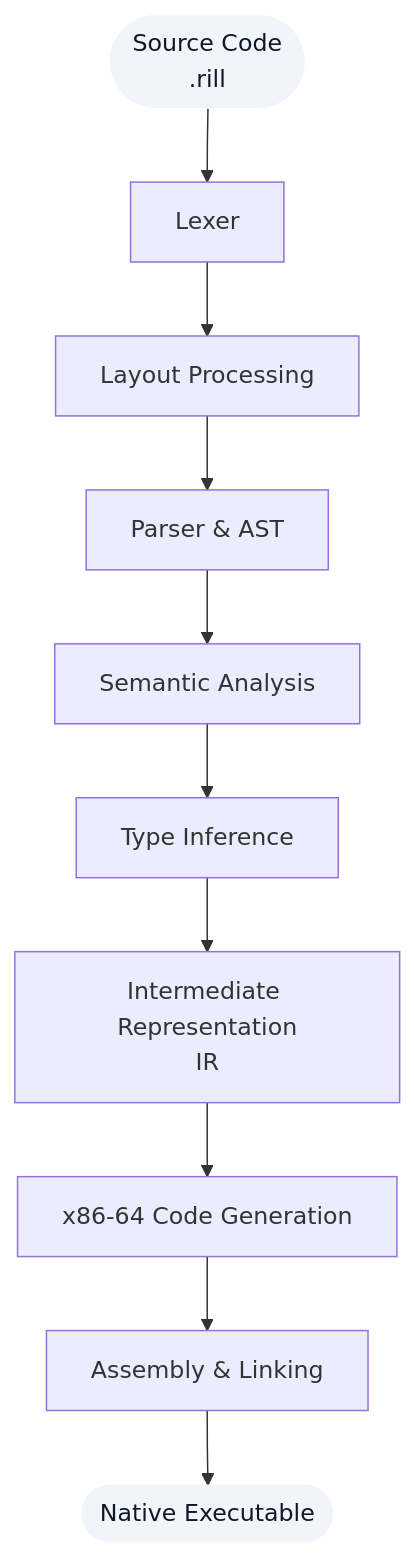
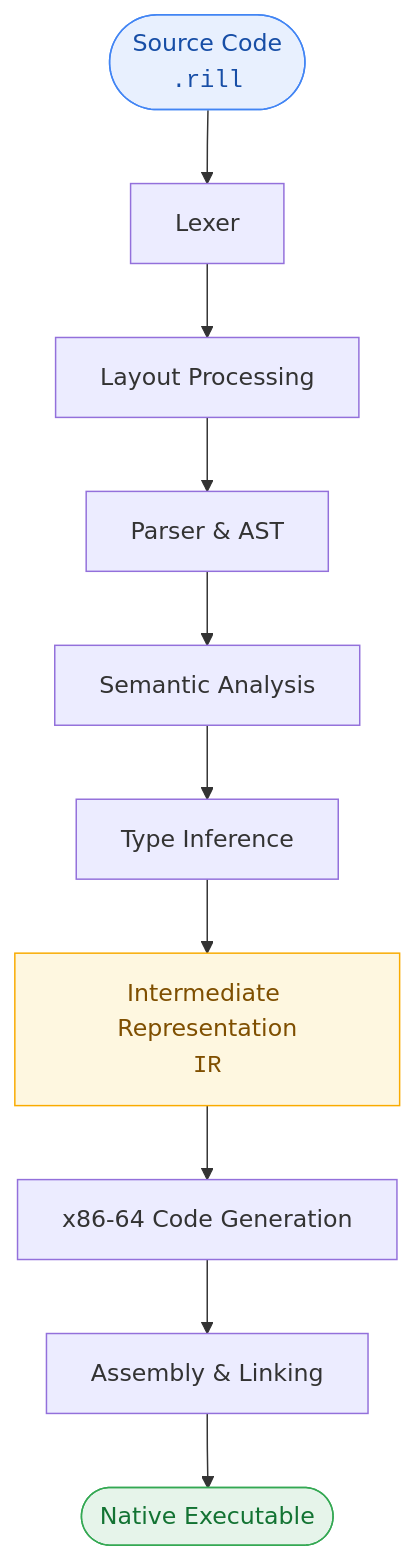
One commit to Paaanaaamaaa/rill changed the diagram in README.md. Above: the diagram before and after it, drawn with Mermaid. The commit also changed other lines of this file, not shown here.

Commit message:
update again

````diff
--- a/README.md
+++ b/README.md
@@ -73,15 +71,27 @@
 ```mermaid
 flowchart TD
-    A(["Source Code<br/>.rill"]) --> B["Lexer"]
-    B --> C["Layout Processing"]
-    C --> D["Parser & AST"]
-    D --> E["Semantic Analysis"]
-    E --> F["Type Inference"]
-    F --> G["Intermediate Representation<br/>IR"]
-    G --> H["x86-64 Code Generation"]
-    H --> I["Assembly & Linking"]
-    I --> J(["Native Executable"])
+    A(["Source Code<br/><code>.rill</code>"])
+    B["Lexer"]
+    C["Layout Processing"]
+    D["Parser & AST"]
+    E["Semantic Analysis"]
+    F["Type Inference"]
+    G["Intermediate Representation<br/><code>IR</code>"]
+    H["x86-64 Code Generation"]
+    I["Assembly & Linking"]
+    J(["Native Executable"])
 
-    classDef endpoint fill:#f1f5f9,stroke:,color:#0f172a,stroke-width:0px
-    class A,J endpoint
+    A --> B
+    B --> C
+    C --> D
+    D --> E
+    E --> F
+    F --> G
+    G --> H
+    H --> I
+    I --> J
+
+    style A fill:#e8f0fe,stroke:#4285f4,color:#174ea6
+    style J fill:#e6f4ea,stroke:#34a853,color:#137333
+    style G fill:#fef7e0,stroke:#f9ab00,color:#7f4f00
 ```
````
